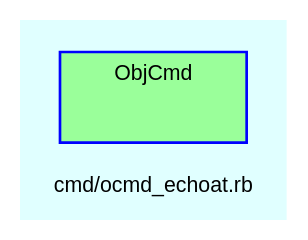
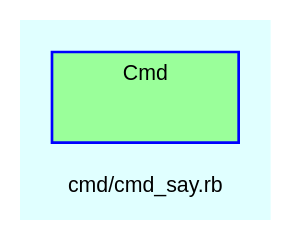
The diagram in doc/dot/f_53.dot (Tyche/teensymud), drawn with Graphviz before and after one commit. The commit also changed 215 other files, not shown here.

```diff
--- a/doc/dot/f_53.dot
+++ b/doc/dot/f_53.dot
@@ -1,29 +1,29 @@
 digraph TopLevel {
     compound = true
     bgcolor = lightcyan1
     fontname = Arial
     fontsize = 8
-    label = "cmd/ocmd_echoat.rb"
+    label = "cmd/cmd_say.rb"
     node [
         fontname = Arial,
         fontsize = 8,
         color = black
     ]
 
-    subgraph cluster_ObjCmd {
+    subgraph cluster_Cmd {
         fillcolor = palegreen1
-        URL = "classes/ObjCmd.html"
+        URL = "classes/Cmd.html"
         fontname = Arial
         color = blue
-        label = "ObjCmd"
+        label = "Cmd"
         style = filled
-        ObjCmd [
+        Cmd [
             shape = plaintext,
             height = 0.01,
             width = 0.75,
             label = ""
         ]
 
     }
 
 }
```
